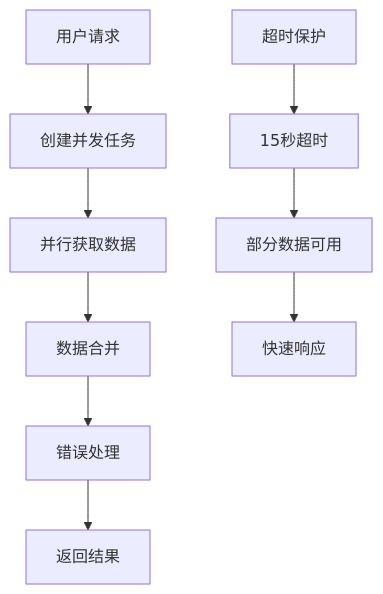
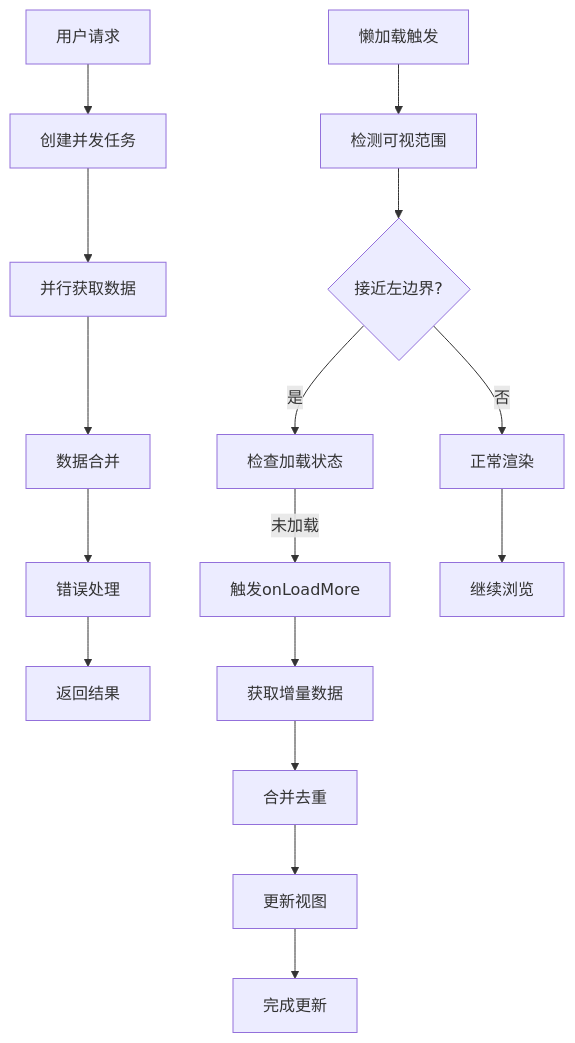
One commit to breeze-lyf/ai-stock-advisor changed the eighth of 8 diagrams in .qoder/repowiki/zh/content/投资组合管理/前端集成与展示/高级图表可视化.md. Above: the diagram before and after it, drawn with Mermaid. The commit also changed other lines of this file and 122 other files, not shown here.

````diff
--- a/.qoder/repowiki/zh/content/投资组合管理/前端集成与展示/高级图表可视化.md
+++ b/.qoder/repowiki/zh/content/投资组合管理/前端集成与展示/高级图表可视化.md
@@ -323,11 +353,18 @@
 ```mermaid
 flowchart TD
 A[用户请求] --> B[创建并发任务]
 B --> C[并行获取数据]
 C --> D[数据合并]
 D --> E[错误处理]
 E --> F[返回结果]
-G[超时保护] --> H[15秒超时]
-H --> I[部分数据可用]
-I --> J[快速响应]
+G[懒加载触发] --> H[检测可视范围]
+H --> I{接近左边界?}
+I --> |是| J[检查加载状态]
+J --> |未加载| K[触发onLoadMore]
+K --> L[获取增量数据]
+L --> M[合并去重]
+M --> N[更新视图]
+I --> |否| O[正常渲染]
+N --> P[完成更新]
+O --> Q[继续浏览]
 ```
````
